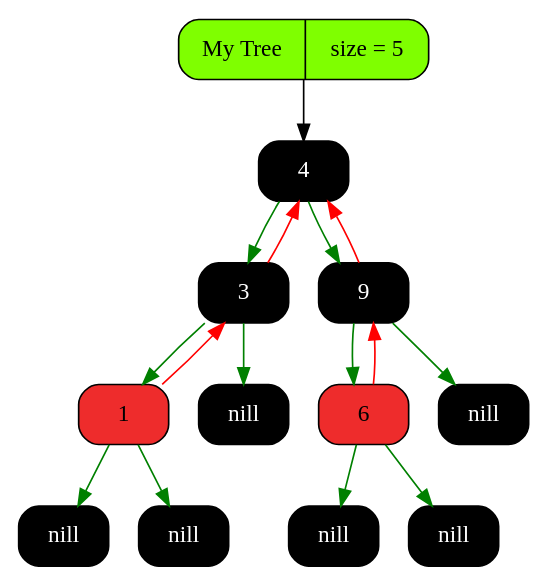
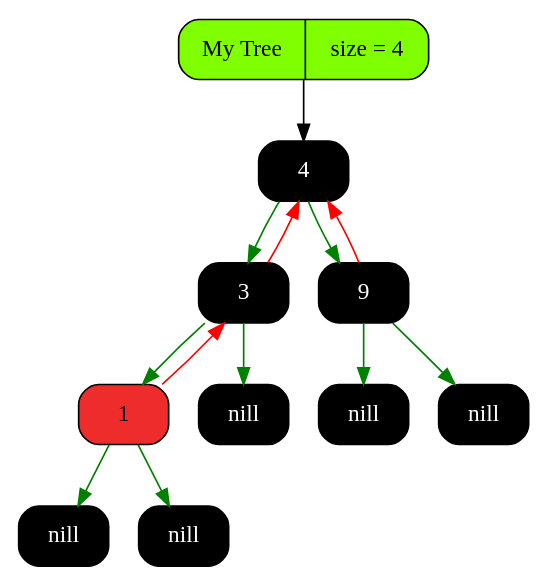
The diagram in graphics/graph.dot (Pelmeshka127/RedBlackTree), drawn with Graphviz before and after one commit. The commit also changed 4 other files, not shown here.

```diff
--- a/graphics/graph.dot
+++ b/graphics/graph.dot
@@ -1,33 +1,28 @@
 digraph Tree
 {
    rankdir = HR;
    node[fontsize=14];
    edge[color="black",fontcolor="blue",fontsize=12];
-   tree[shape = Mrecord, style = filled, fillcolor = "chartreuse1", label = "My Tree | size = 5"];
-   "0x155904080"[shape = Mrecord, style = filled, fontcolor = "white", fillcolor = "black",   label = " <value> 4"];
-  "0x155904080" -> "0x155804190" [color = "green"];
-  "0x155804190" -> "0x155904080" [color = "red"];
-  "0x155904080" -> "0x1558041b0" [color = "green"];
-  "0x1558041b0" -> "0x155904080" [color = "red"];
-   "0x155804190"[shape = Mrecord, style = filled, fontcolor = "white", fillcolor = "black",   label = " <value> 3"];
-  "0x155804190" -> "0x155804170" [color = "green"];
-  "0x155804170" -> "0x155804190" [color = "red"];
-   "0x155804190right"[shape = Mrecord, style = filled, fontcolor = "white", fillcolor = "black",   label = " <value> nill"];
-  "0x155804190" -> "0x155804190right" [color = "green"];
-  "0x155804170"[shape = Mrecord, style = filled, fillcolor = "firebrick2",   label = " <value> 1"];
-   "0x155804170left"[shape = Mrecord, style = filled, fontcolor = "white", fillcolor = "black",   label = " <value> nill"];
-  "0x155804170" -> "0x155804170left" [color = "green"];
-   "0x155804170right"[shape = Mrecord, style = filled, fontcolor = "white", fillcolor = "black",   label = " <value> nill"];
-  "0x155804170" -> "0x155804170right" [color = "green"];
-   "0x1558041b0"[shape = Mrecord, style = filled, fontcolor = "white", fillcolor = "black",   label = " <value> 9"];
-  "0x1558041b0" -> "0x154704150" [color = "green"];
-  "0x154704150" -> "0x1558041b0" [color = "red"];
-   "0x1558041b0right"[shape = Mrecord, style = filled, fontcolor = "white", fillcolor = "black",   label = " <value> nill"];
-  "0x1558041b0" -> "0x1558041b0right" [color = "green"];
-  "0x154704150"[shape = Mrecord, style = filled, fillcolor = "firebrick2",   label = " <value> 6"];
-   "0x154704150left"[shape = Mrecord, style = filled, fontcolor = "white", fillcolor = "black",   label = " <value> nill"];
-  "0x154704150" -> "0x154704150left" [color = "green"];
-   "0x154704150right"[shape = Mrecord, style = filled, fontcolor = "white", fillcolor = "black",   label = " <value> nill"];
-  "0x154704150" -> "0x154704150right" [color = "green"];
-   tree -> "0x155904080" [color = "gray0"];
+   tree[shape = Mrecord, style = filled, fillcolor = "chartreuse1", label = "My Tree | size = 4"];
+   "0x129f04170"[shape = Mrecord, style = filled, fontcolor = "white", fillcolor = "black",   label = " <value> 4"];
+  "0x129f04170" -> "0x12b104080" [color = "green"];
+  "0x12b104080" -> "0x129f04170" [color = "red"];
+  "0x129f04170" -> "0x129f041b0" [color = "green"];
+  "0x129f041b0" -> "0x129f04170" [color = "red"];
+   "0x12b104080"[shape = Mrecord, style = filled, fontcolor = "white", fillcolor = "black",   label = " <value> 3"];
+  "0x12b104080" -> "0x12b004080" [color = "green"];
+  "0x12b004080" -> "0x12b104080" [color = "red"];
+   "0x12b104080right"[shape = Mrecord, style = filled, fontcolor = "white", fillcolor = "black",   label = " <value> nill"];
+  "0x12b104080" -> "0x12b104080right" [color = "green"];
+  "0x12b004080"[shape = Mrecord, style = filled, fillcolor = "firebrick2",   label = " <value> 1"];
+   "0x12b004080left"[shape = Mrecord, style = filled, fontcolor = "white", fillcolor = "black",   label = " <value> nill"];
+  "0x12b004080" -> "0x12b004080left" [color = "green"];
+   "0x12b004080right"[shape = Mrecord, style = filled, fontcolor = "white", fillcolor = "black",   label = " <value> nill"];
+  "0x12b004080" -> "0x12b004080right" [color = "green"];
+   "0x129f041b0"[shape = Mrecord, style = filled, fontcolor = "white", fillcolor = "black",   label = " <value> 9"];
+   "0x129f041b0left"[shape = Mrecord, style = filled, fontcolor = "white", fillcolor = "black",   label = " <value> nill"];
+  "0x129f041b0" -> "0x129f041b0left" [color = "green"];
+   "0x129f041b0right"[shape = Mrecord, style = filled, fontcolor = "white", fillcolor = "black",   label = " <value> nill"];
+  "0x129f041b0" -> "0x129f041b0right" [color = "green"];
+   tree -> "0x129f04170" [color = "gray0"];
 }
```
